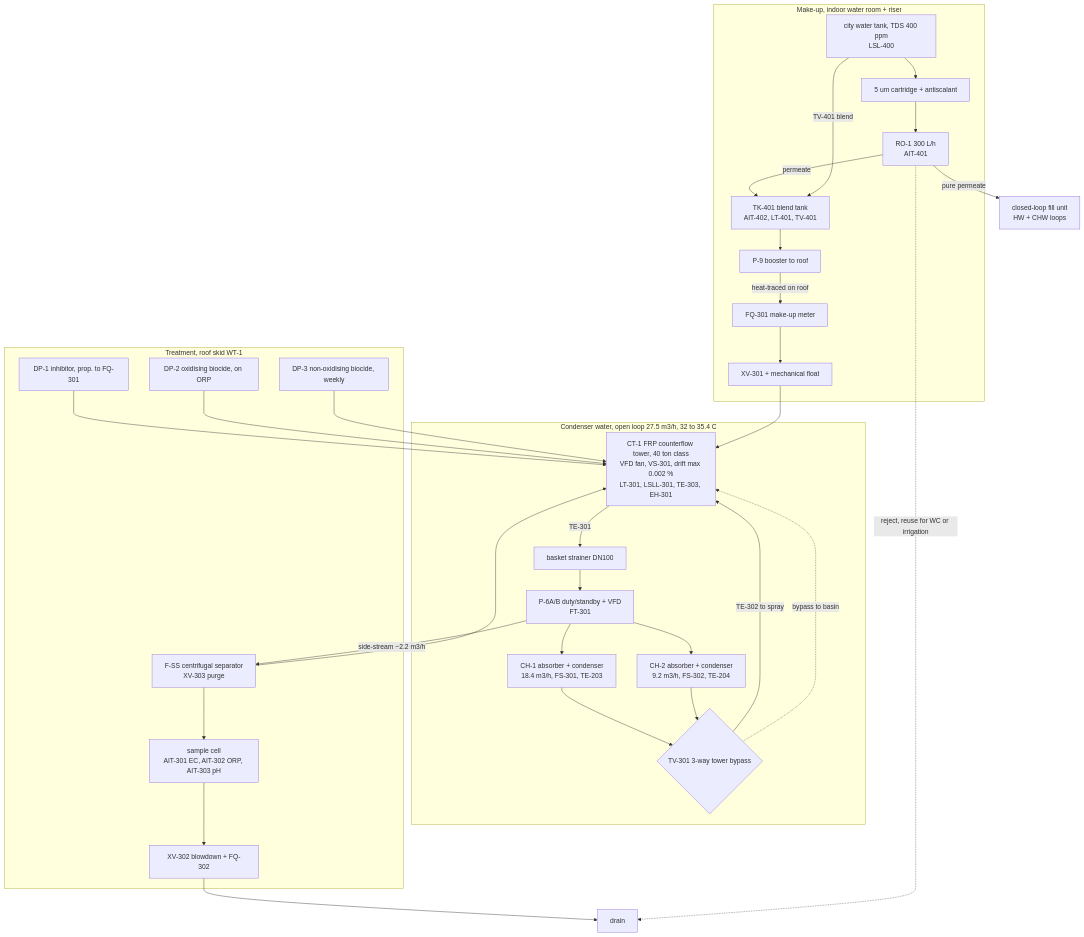
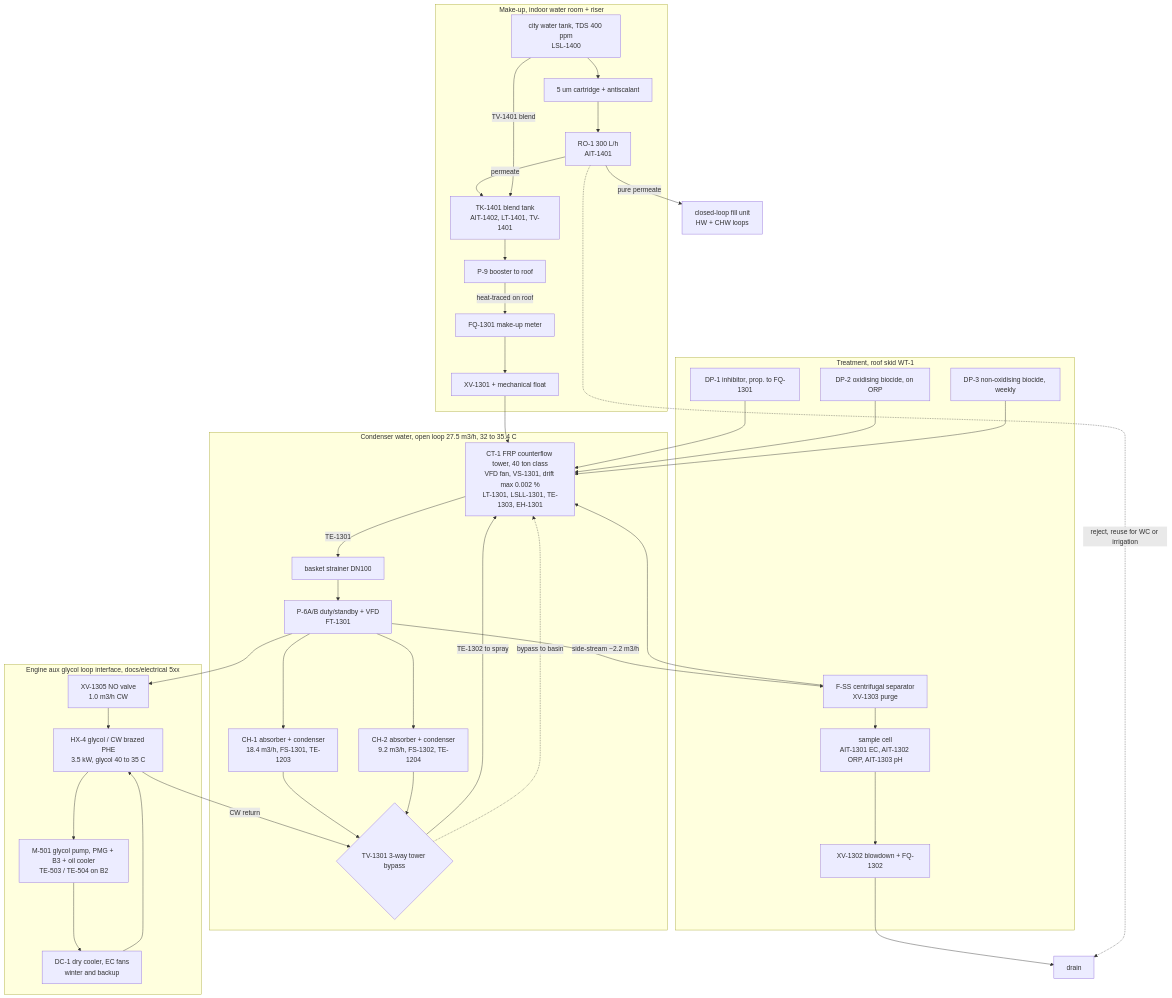
Before and after one commit to ahmadreza221/aurora-cchp: the fourth of 4 diagrams in docs/hvac/01_pid.md, drawn with Mermaid. The commit also changed other lines of this file and 19 other files, not shown here.

````diff
--- a/docs/hvac/01_pid.md
+++ b/docs/hvac/01_pid.md
@@ -190,51 +190,60 @@
 ```mermaid
 flowchart TB
   subgraph CW["Condenser water, open loop 27.5 m3/h, 32 to 35.4 C"]
-    CT1["CT-1 FRP counterflow tower, 40 ton class<br/>VFD fan, VS-301, drift max 0.002 %<br/>LT-301, LSLL-301, TE-303, EH-301"]
+    CT1["CT-1 FRP counterflow tower, 40 ton class<br/>VFD fan, VS-1301, drift max 0.002 %<br/>LT-1301, LSLL-1301, TE-1303, EH-1301"]
     BS["basket strainer DN100"]
-    P6["P-6A/B duty/standby + VFD<br/>FT-301"]
-    A1["CH-1 absorber + condenser<br/>18.4 m3/h, FS-301, TE-203"]
-    A2["CH-2 absorber + condenser<br/>9.2 m3/h, FS-302, TE-204"]
-    TV301{"TV-301 3-way tower bypass"}
+    P6["P-6A/B duty/standby + VFD<br/>FT-1301"]
+    A1["CH-1 absorber + condenser<br/>18.4 m3/h, FS-1301, TE-1203"]
+    A2["CH-2 absorber + condenser<br/>9.2 m3/h, FS-1302, TE-1204"]
+    TV301{"TV-1301 3-way tower bypass"}
     BS --> P6
     P6 --> A1
     P6 --> A2
     A1 --> TV301
     A2 --> TV301
   end
+  subgraph AUX["Engine aux glycol loop interface, docs/electrical 5xx"]
+    HX4["HX-4 glycol / CW brazed PHE<br/>3.5 kW, glycol 40 to 35 C"]
+    XV1305["XV-1305 NO valve<br/>1.0 m3/h CW"]
+    DC1["DC-1 dry cooler, EC fans<br/>winter and backup"]
+    GLY["M-501 glycol pump, PMG + B3 + oil cooler<br/>TE-503 / TE-504 on B2"]
+    GLY --> DC1 --> HX4 --> GLY
+  end
   subgraph WT["Treatment, roof skid WT-1"]
-    SEP["F-SS centrifugal separator<br/>XV-303 purge"]
-    SMP["sample cell<br/>AIT-301 EC, AIT-302 ORP, AIT-303 pH"]
-    XV302["XV-302 blowdown + FQ-302"]
-    DP1["DP-1 inhibitor, prop. to FQ-301"]
+    SEP["F-SS centrifugal separator<br/>XV-1303 purge"]
+    SMP["sample cell<br/>AIT-1301 EC, AIT-1302 ORP, AIT-1303 pH"]
+    XV302["XV-1302 blowdown + FQ-1302"]
+    DP1["DP-1 inhibitor, prop. to FQ-1301"]
     DP2["DP-2 oxidising biocide, on ORP"]
     DP3["DP-3 non-oxidising biocide, weekly"]
     SEP --> SMP --> XV302
   end
   subgraph MU["Make-up, indoor water room + riser"]
-    CITY["city water tank, TDS 400 ppm<br/>LSL-400"]
+    CITY["city water tank, TDS 400 ppm<br/>LSL-1400"]
     F5["5 um cartridge + antiscalant"]
-    RO["RO-1 300 L/h<br/>AIT-401"]
-    BT["TK-401 blend tank<br/>AIT-402, LT-401, TV-401"]
+    RO["RO-1 300 L/h<br/>AIT-1401"]
+    BT["TK-1401 blend tank<br/>AIT-1402, LT-1401, TV-1401"]
     P9["P-9 booster to roof"]
-    FQ301["FQ-301 make-up meter"]
-    XV301["XV-301 + mechanical float"]
+    FQ301["FQ-1301 make-up meter"]
+    XV301["XV-1301 + mechanical float"]
     CITY --> F5 --> RO -->|"permeate"| BT
-    CITY -->|"TV-401 blend"| BT
+    CITY -->|"TV-1401 blend"| BT
     BT --> P9 -->|"heat-traced on roof"| FQ301 --> XV301
   end
   DRN["drain"]
   FILL2["closed-loop fill unit<br/>HW + CHW loops"]
-  CT1 -->|"TE-301"| BS
-  TV301 -->|"TE-302 to spray"| CT1
+  CT1 -->|"TE-1301"| BS
+  TV301 -->|"TE-1302 to spray"| CT1
   TV301 -.->|"bypass to basin"| CT1
   P6 -->|"side-stream ~2.2 m3/h"| SEP
+  P6 --> XV1305 --> HX4
+  HX4 -->|"CW return"| TV301
   SEP --> CT1
   XV302 --> DRN
   DP1 --> CT1
   DP2 --> CT1
   DP3 --> CT1
   XV301 --> CT1
   RO -.->|"reject, reuse for WC or irrigation"| DRN
   RO -->|"pure permeate"| FILL2
 ```
````
